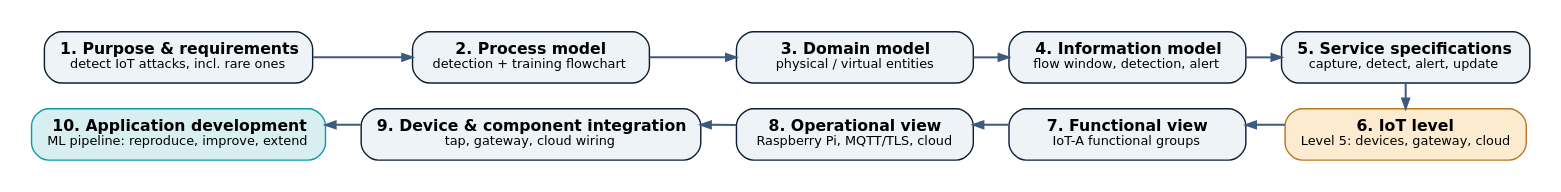
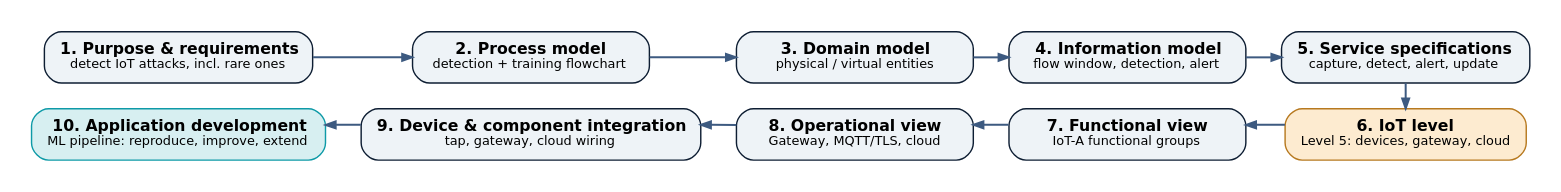
One commit to Dhruvsandilya0711/IoT_Mini_Project changed the diagram in report/diagrams/methodology_overview.dot. Above: the diagram before and after it, drawn with Graphviz. The commit also changed 18 other files, not shown here.

```diff
--- a/report/diagrams/methodology_overview.dot
+++ b/report/diagrams/methodology_overview.dot
@@ -1,20 +1,20 @@
 digraph G {
   graph [rankdir=LR, bgcolor="#ffffff", pad=0.2, nodesep=0.25, ranksep=0.35, fontname="DejaVu Sans"];
   node  [shape=box, style="rounded,filled", fontname="DejaVu Sans", fontsize=11, color="#0E1E33", fillcolor="#EEF3F7", margin="0.15,0.08", width=2.3];
   edge  [color="#3D5A80", penwidth=1.4, arrowsize=0.7];
   s1 [label=<<b>1. Purpose &amp; requirements</b><br/><font point-size="9">detect IoT attacks, incl. rare ones</font>>];
   s2 [label=<<b>2. Process model</b><br/><font point-size="9">detection + training flowchart</font>>];
   s3 [label=<<b>3. Domain model</b><br/><font point-size="9">physical / virtual entities</font>>];
   s4 [label=<<b>4. Information model</b><br/><font point-size="9">flow window, detection, alert</font>>];
   s5 [label=<<b>5. Service specifications</b><br/><font point-size="9">capture, detect, alert, update</font>>];
   s6 [label=<<b>6. IoT level</b><br/><font point-size="9">Level 5: devices, gateway, cloud</font>>, fillcolor="#FDEBD0", color="#B7791F"];
   s7 [label=<<b>7. Functional view</b><br/><font point-size="9">IoT-A functional groups</font>>];
-  s8 [label=<<b>8. Operational view</b><br/><font point-size="9">Raspberry Pi, MQTT/TLS, cloud</font>>];
+  s8 [label=<<b>8. Operational view</b><br/><font point-size="9">Gateway, MQTT/TLS, cloud</font>>];
   s9 [label=<<b>9. Device &amp; component integration</b><br/><font point-size="9">tap, gateway, cloud wiring</font>>];
   s10 [label=<<b>10. Application development</b><br/><font point-size="9">ML pipeline: reproduce, improve, extend</font>>, fillcolor="#D7EFF1", color="#0E9AA7"];
   { rank=same; s1; s10; } { rank=same; s2; s9; } { rank=same; s3; s8; } { rank=same; s4; s7; } { rank=same; s5; s6; }
   s1 -> s2 -> s3 -> s4 -> s5;
   s5 -> s6;
   s6 -> s7 [constraint=false]; s7 -> s8 [constraint=false]; s8 -> s9 [constraint=false]; s9 -> s10 [constraint=false];
   s10 -> s9 [style=invis]; s9 -> s8 [style=invis]; s8 -> s7 [style=invis]; s7 -> s6 [style=invis];
 }
```
